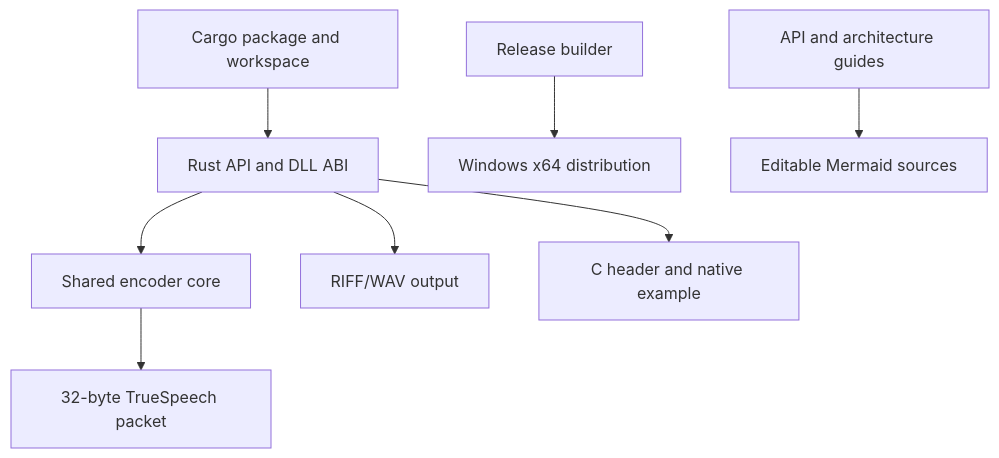
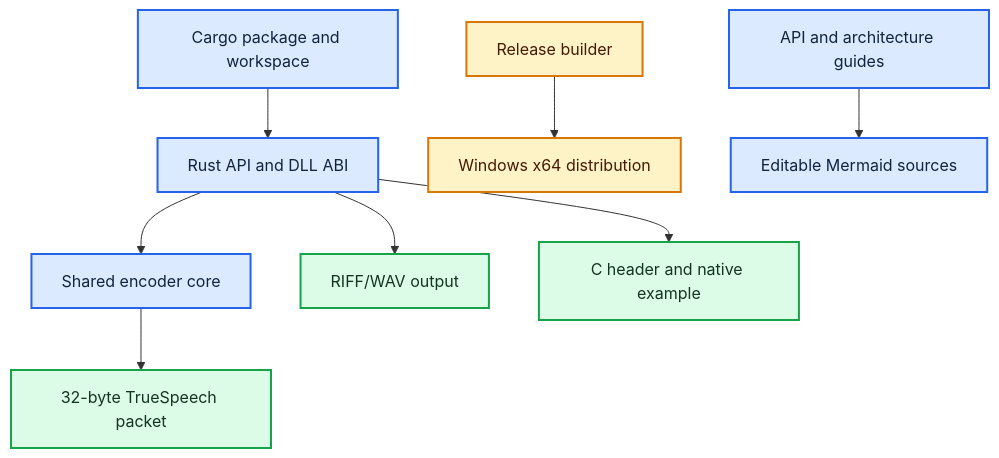
Before and after one commit to younsabood/truespeech: the first of 4 diagrams in docs/diagrams/README.md, drawn with Mermaid. The commit also changed other lines of this file and 11 other files, not shown here.

````diff
--- a/docs/diagrams/README.md
+++ b/docs/diagrams/README.md
@@ -7,10 +15,17 @@
 ```mermaid
 flowchart TD
     Manifest["Cargo package and workspace"] --> API["Rust API and DLL ABI"]
     API --> DSP["Shared encoder core"]
     DSP --> Packet["32-byte TrueSpeech packet"]
     API --> WAV["RIFF/WAV output"]
     API --> Header["C header and native example"]
     Build["Release builder"] --> Distribution["Windows x64 distribution"]
     Docs["API and architecture guides"] --> Sources["Editable Mermaid sources"]
+
+    classDef code fill:#dbeafe,stroke:#2563eb,color:#10233f,stroke-width:2px
+    classDef output fill:#dcfce7,stroke:#16a34a,color:#12351f,stroke-width:2px
+    classDef package fill:#fef3c7,stroke:#d97706,color:#451a03,stroke-width:2px
+    class Manifest,API,DSP,Docs,Sources code
+    class Packet,WAV,Header output
+    class Build,Distribution package
 ```
````
